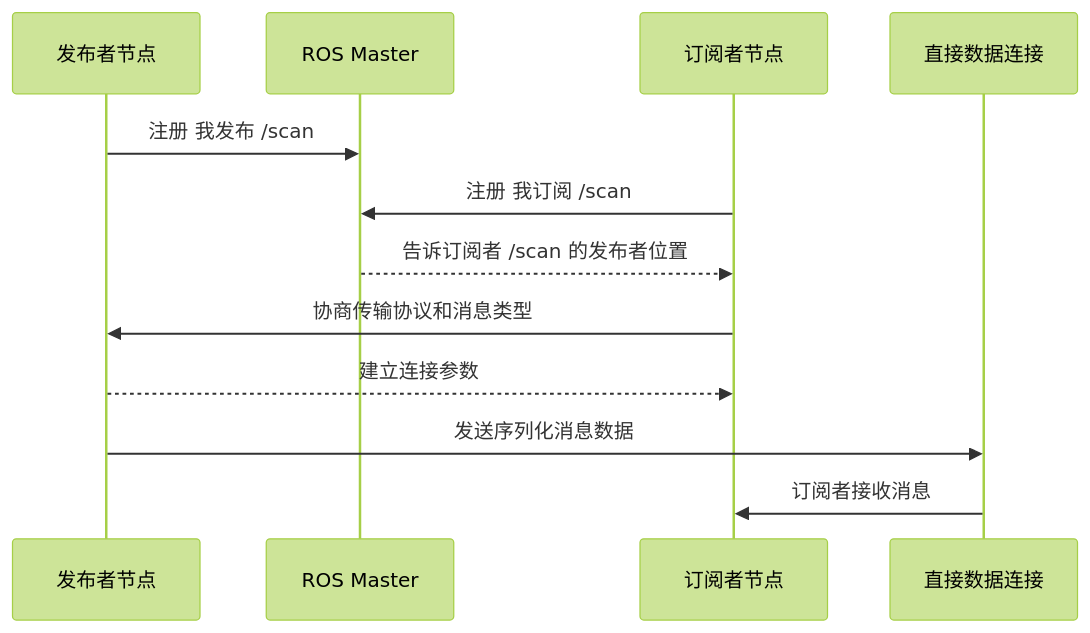
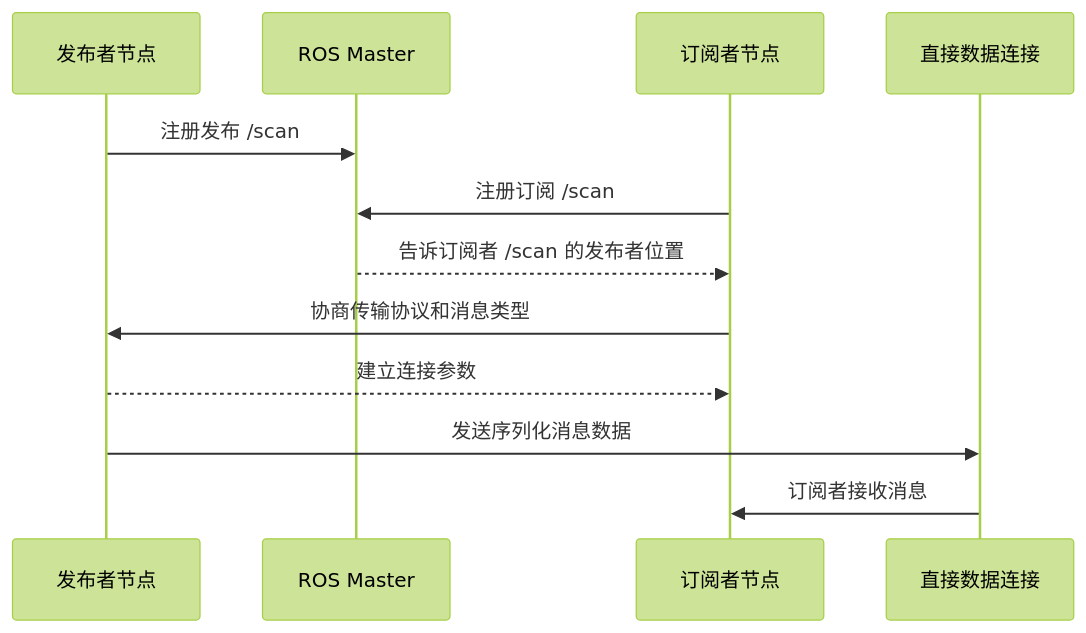
Before and after one commit to Xiong-z-x/ROS: the fourth of 6 diagrams in chapters/02-ros1基本概念.md, drawn with Mermaid (forest theme). The commit also changed other lines of this file and 17 other files, not shown here.

````diff
--- a/chapters/02-ros1基本概念.md
+++ b/chapters/02-ros1基本概念.md
@@ -175,15 +175,15 @@
 ```mermaid
 sequenceDiagram
     participant P as 发布者节点
     participant M as ROS Master
     participant S as 订阅者节点
     participant T as 直接数据连接
 
-    P->>M: 注册 我发布 /scan
-    S->>M: 注册 我订阅 /scan
+    P->>M: 注册发布 /scan
+    S->>M: 注册订阅 /scan
     M-->>S: 告诉订阅者 /scan 的发布者位置
     S->>P: 协商传输协议和消息类型
     P-->>S: 建立连接参数
     P->>T: 发送序列化消息数据
     T->>S: 订阅者接收消息
 ```
````
